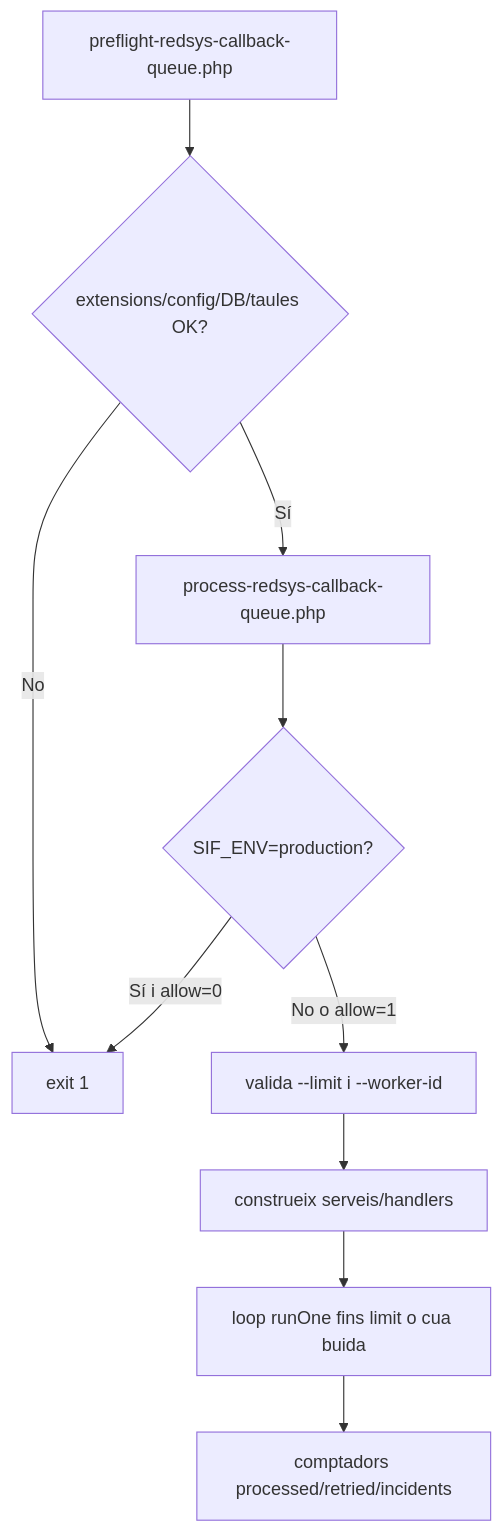
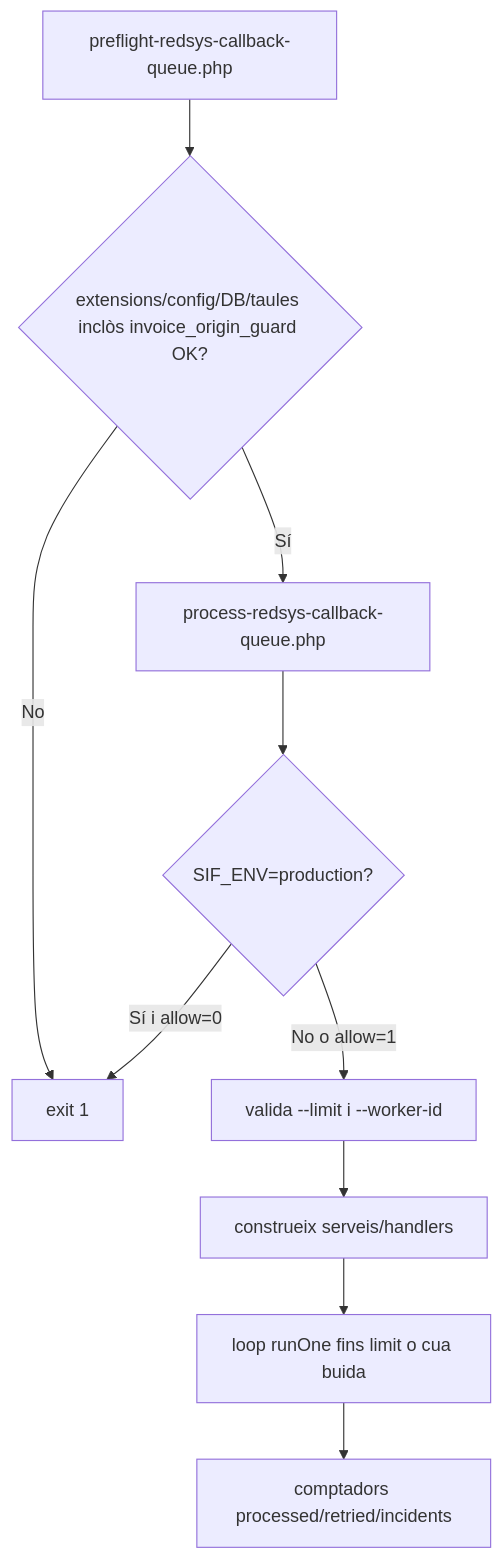
The eighth of 8 diagrams in documentacio/07-uml-integrat/uc-003-activitats-actual-final.md (orgmeriemprismacat-del/verifactu), drawn with Mermaid before and after one commit. The commit also changed other lines of this file, not shown here.

Commit message:
docs(UC-003): show covered-invoice mutex in final activities

````diff
--- a/documentacio/07-uml-integrat/uc-003-activitats-actual-final.md
+++ b/documentacio/07-uml-integrat/uc-003-activitats-actual-final.md
@@ -157,12 +163,12 @@
 ```mermaid
 flowchart TD
-  A[preflight-redsys-callback-queue.php] --> B{extensions/config/DB/taules OK?}
+  A[preflight-redsys-callback-queue.php] --> B{extensions/config/DB/taules inclòs invoice_origin_guard OK?}
   B -->|No| X[exit 1]
   B -->|Sí| C[process-redsys-callback-queue.php]
   C --> D{SIF_ENV=production?}
   D -->|Sí i allow=0| X
   D -->|No o allow=1| E[valida --limit i --worker-id]
   E --> F[construeix serveis/handlers]
   F --> G[loop runOne fins limit o cua buida]
   G --> H[comptadors processed/retried/incidents]
 ```
````
